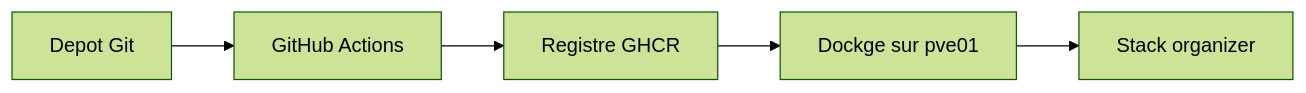
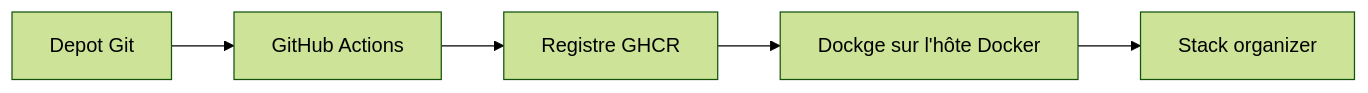
The fifth of 5 diagrams in docs/cahier-des-charges.md (djkix/organizer), drawn with Mermaid (forest theme) before and after one commit. The commit also changed other lines of this file and 1 other file, not shown here.

First line of the commit message:
Héberge la stack sur l'hôte Docker existant (décision 13)

````diff
--- a/docs/cahier-des-charges.md
+++ b/docs/cahier-des-charges.md
@@ -642,7 +642,7 @@
 ```mermaid
 flowchart LR
   GIT[Depot Git] --> CI[GitHub Actions]
   CI --> REG[Registre GHCR]
-  REG --> DOCKGE[Dockge sur pve01]
+  REG --> DOCKGE[Dockge sur l'hôte Docker]
   DOCKGE --> STACK[Stack organizer]
 ```
````
